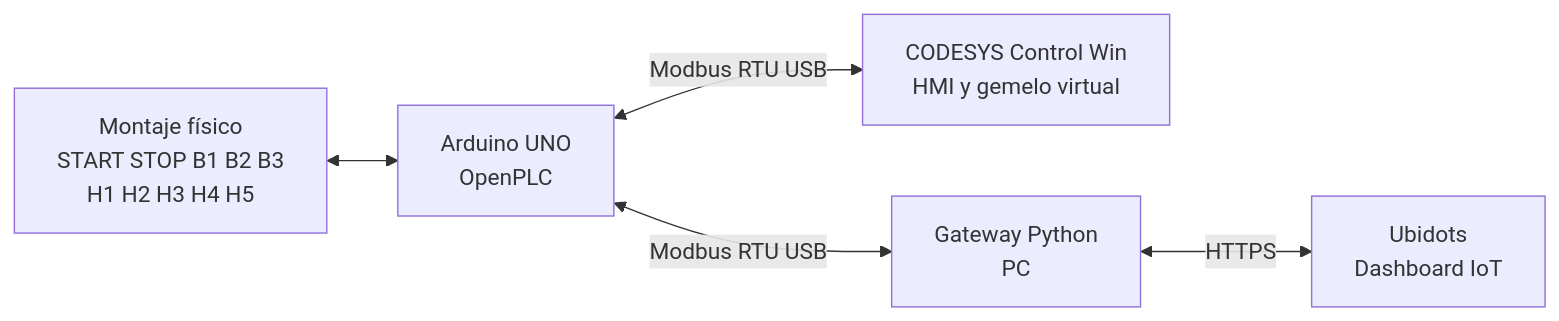
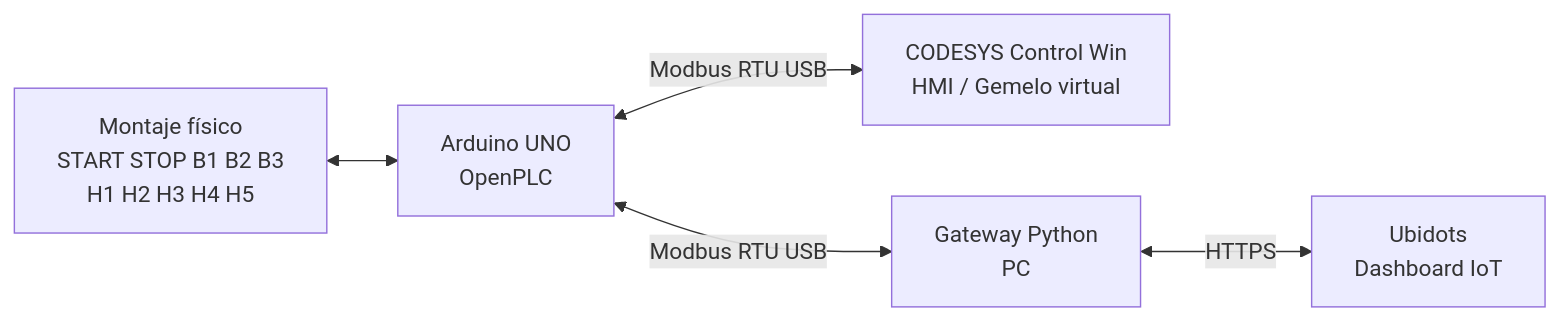
The first of 3 diagrams in WIKI.md (NicoGM76/RA3.2-Gemelo-Digital-Tanque), drawn with Mermaid before and after one commit. The commit also changed other lines of this file, not shown here.

````diff
--- a/WIKI.md
+++ b/WIKI.md
@@ -22,7 +20,7 @@
 ```mermaid
 flowchart LR
     A[Montaje físico\nSTART STOP B1 B2 B3\nH1 H2 H3 H4 H5] <--> B[Arduino UNO\nOpenPLC]
-    B <-->|Modbus RTU USB| C[CODESYS Control Win\nHMI y gemelo virtual]
+    B <-->|Modbus RTU USB| C[CODESYS Control Win\nHMI / Gemelo virtual]
     B <-->|Modbus RTU USB| D[Gateway Python\nPC]
     D <-->|HTTPS| E[Ubidots\nDashboard IoT]
 ```
````
